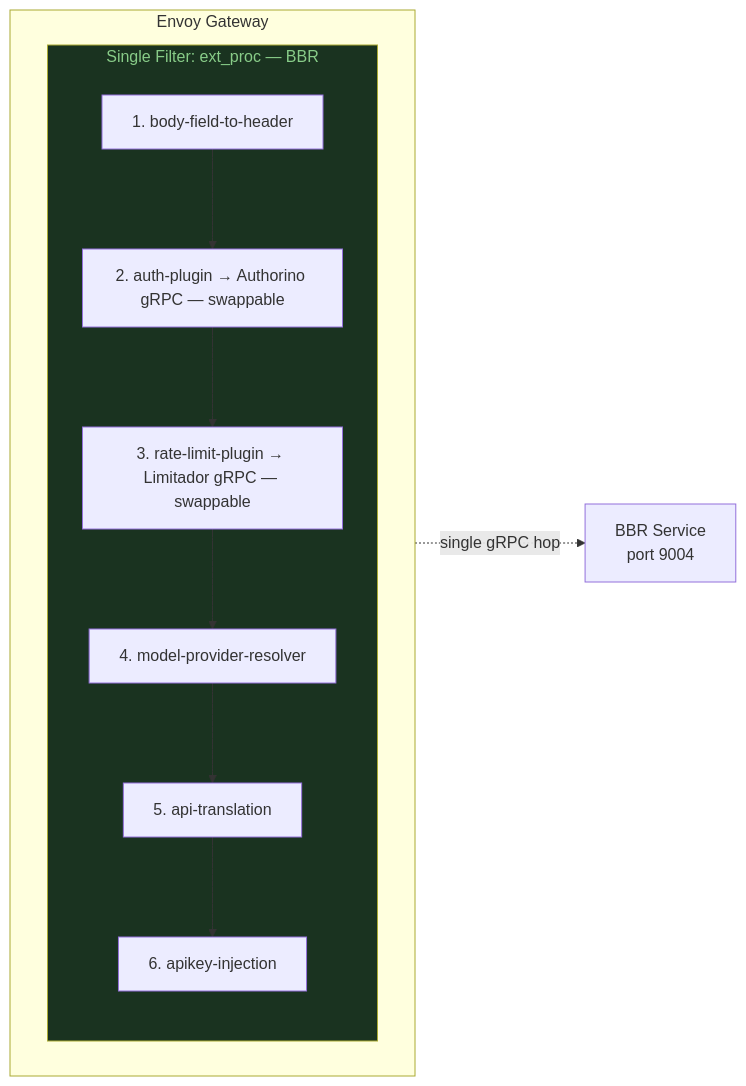
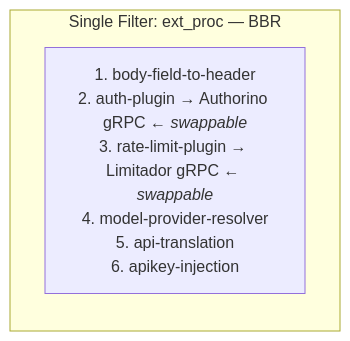
Before and after one commit to noyitz/maas-designs: the fourth of 11 diagrams in unified-gateway-bbr-proposal/proposal.md, drawn with Mermaid. The commit also changed other lines of this file, not shown here.

Commit message:
Simplify all diagrams: compact single-node per filter, remove arrow labels, eliminate dead space

````diff
--- a/unified-gateway-bbr-proposal/proposal.md
+++ b/unified-gateway-bbr-proposal/proposal.md
@@ -201,19 +153,6 @@
 ```mermaid
 graph LR
-    subgraph envoy["Envoy Gateway"]
-        direction LR
-        subgraph filter1["Single Filter: ext_proc — BBR"]
-            direction TB
-            P1["1. body-field-to-header"]
-            P2["2. auth-plugin → Authorino gRPC — swappable"]
-            P3["3. rate-limit-plugin → Limitador gRPC — swappable"]
-            P4["4. model-provider-resolver"]
-            P5["5. api-translation"]
-            P6["6. apikey-injection"]
-            P1 --> P2 --> P3 --> P4 --> P5 --> P6
-        end
+    subgraph f1["Single Filter: ext_proc — BBR"]
+        A["1. body-field-to-header<br/>2. auth-plugin → Authorino gRPC ← <i>swappable</i><br/>3. rate-limit-plugin → Limitador gRPC ← <i>swappable</i><br/>4. model-provider-resolver<br/>5. api-translation<br/>6. apikey-injection"]
     end
-    filter1 -.->|single gRPC hop| ExtBBR["BBR Service<br/>port 9004"]
-
-    style filter1 fill:#1a3320,color:#88cc88
 ```
````
